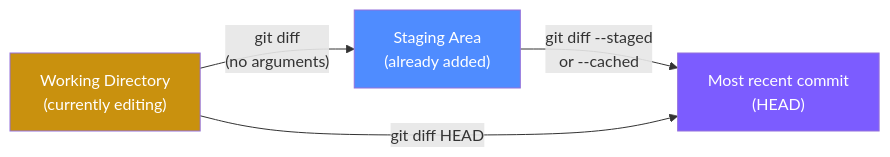
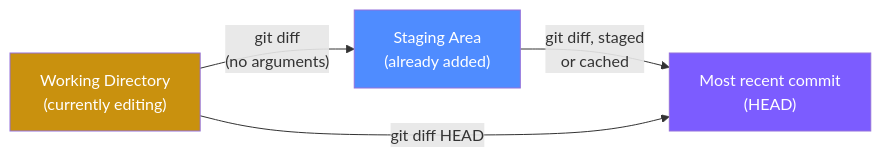
The first of 2 diagrams in Git/06-diff/README.md (kelvinlee97/engineering), drawn with Mermaid before and after one commit. The commit also changed 6 other files, not shown here.

First line of the commit message:
fix: repair invalid Mermaid edge syntax in Git tutorial mental-model diagram (#33)

````diff
--- a/Git/06-diff/README.md
+++ b/Git/06-diff/README.md
@@ -11,16 +11,16 @@
 ```mermaid
 flowchart LR
     accTitle: The three common comparison ranges for git diff
     accDescr: Plain git diff with no arguments compares the working tree against the staging area. git diff --staged or --cached compares the staging area against the most recent commit. git diff HEAD compares the working tree directly against the most recent commit, skipping the staging area entirely.
     WD["Working Directory<br/>(currently editing)"]
     SA["Staging Area<br/>(already added)"]
     REPO["Most recent commit<br/>(HEAD)"]
 
     WD -- "git diff<br/>(no arguments)" --> SA
-    SA -- "git diff --staged<br/>or --cached" --> REPO
+    SA -- "git diff, staged<br/>or cached" --> REPO
     WD -- "git diff HEAD" --> REPO
 
     style WD fill:#c9910e,color:#fff
     style SA fill:#4f8cff,color:#fff
     style REPO fill:#7c5cff,color:#fff
 ```
````
